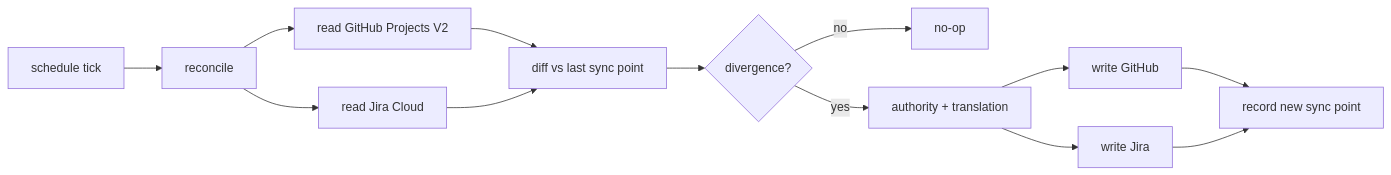
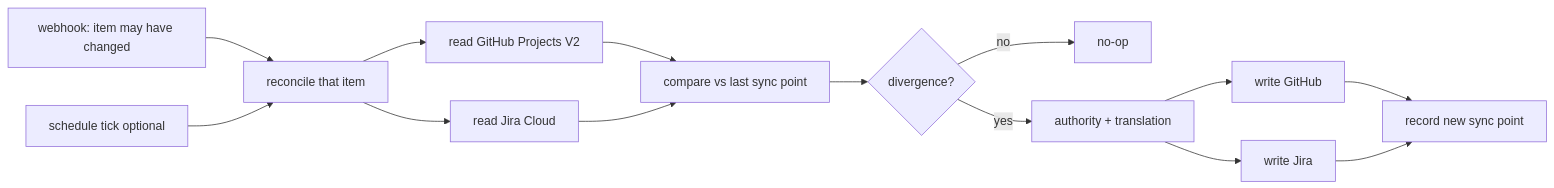
One commit to rxm7706/local-recipes changed the first of 2 diagrams in _bmad-output/projects/pyforge-steward/planning-artifacts/architecture/architecture-jira-github-projects-sync-2026-08-09/ARCHITECTURE-SPINE.md. Above: the diagram before and after it, drawn with Mermaid. The commit also changed other lines of this file and 2 other files, not shown here.

````diff
--- a/_bmad-output/projects/pyforge-steward/planning-artifacts/architecture/architecture-jira-github-projects-sync-2026-08-09/ARCHITECTURE-SPINE.md
+++ b/_bmad-output/projects/pyforge-steward/planning-artifacts/architecture/architecture-jira-github-projects-sync-2026-08-09/ARCHITECTURE-SPINE.md
@@ -27,15 +30,16 @@
 ```mermaid
 flowchart LR
-  S[schedule tick] --> R[reconcile]
+  W[webhook: item may have changed] --> R[reconcile that item]
+  S[schedule tick optional] --> R
   R --> GR[read GitHub Projects V2]
   R --> JR[read Jira Cloud]
-  GR --> D[diff vs last sync point]
+  GR --> D[compare vs last sync point]
   JR --> D
   D --> P{divergence?}
   P -- no --> N[no-op]
   P -- yes --> A[authority + translation]
   A --> GW[write GitHub]
   A --> JW[write Jira]
   GW --> M[record new sync point]
   JW --> M
 ```
````
